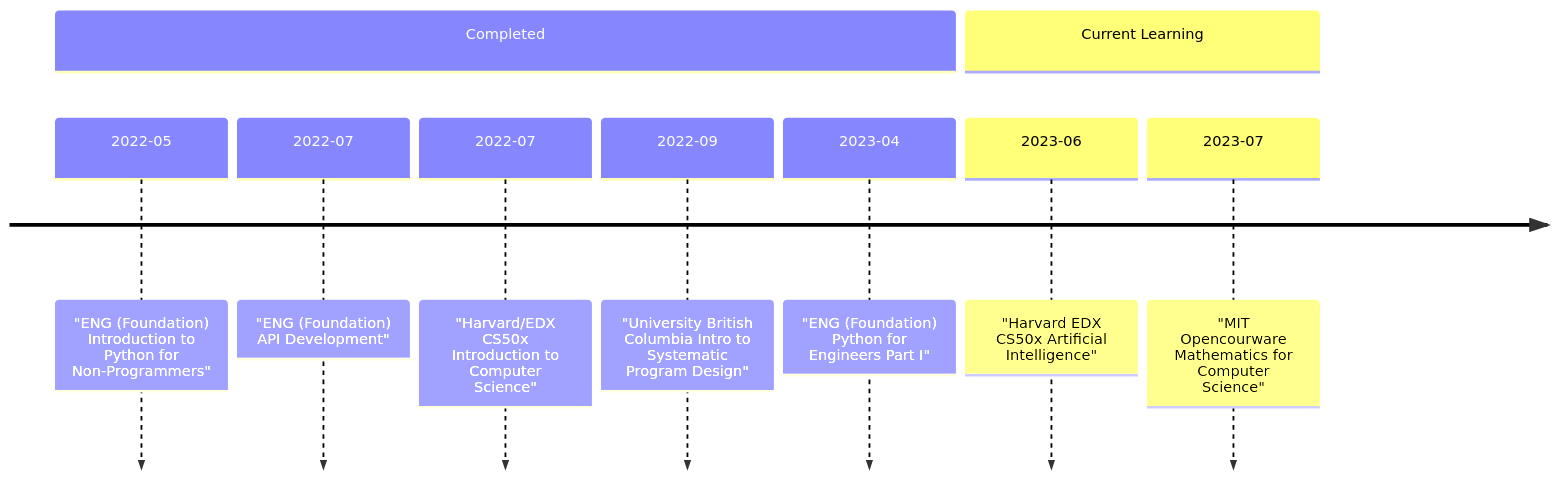
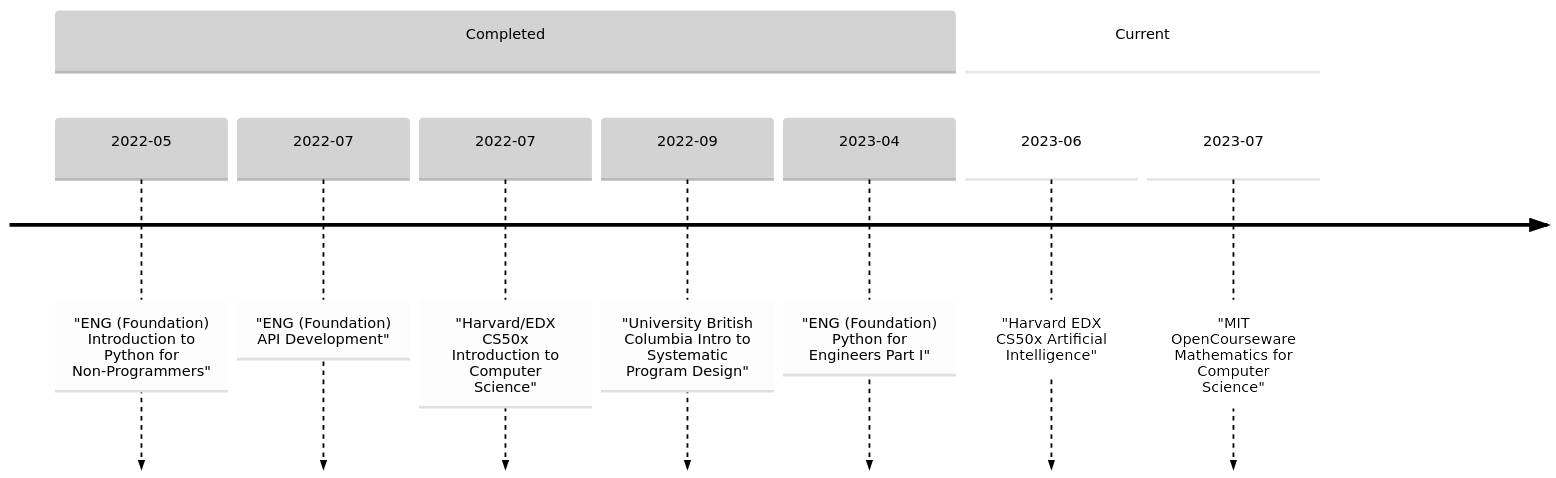
The diagram in README.md (CodyCardinal/My-Learning-Journey), drawn with Mermaid before and after one commit. The commit also changed other lines of this file, not shown here.

````diff
--- a/README.md
+++ b/README.md
@@ -3,12 +3,17 @@
 ```mermaid
+%%{init: { 'logLevel': 'debug', 'theme': 'forest' , 'themeVariables': {
+              'cScale0': '#D3D3D3', 'cScaleLabel0': '#fffff',
+              'cScale1': '#ffffff',
+              'cScale2': '#D3D3D3', 'cScaleLabel2': '#ffffff'
+       } } }%%
 timeline
 section Completed
 2022-05: "ENG (Foundation) Introduction to Python for Non-Programmers"
 2022-07: "ENG (Foundation) API Development"
 2022-07: "Harvard/EDX CS50x Introduction to Computer Science"
 2022-09: "University British Columbia Intro to Systematic Program Design"
 2023-04: "ENG (Foundation) Python for Engineers Part I"
-section Current Learning
+section Current
 2023-06: "Harvard EDX CS50x Artificial Intelligence"
-2023-07: "MIT Opencourware Mathematics for Computer Science"
+2023-07: "MIT OpenCourseware Mathematics for Computer Science"
 ```
````
